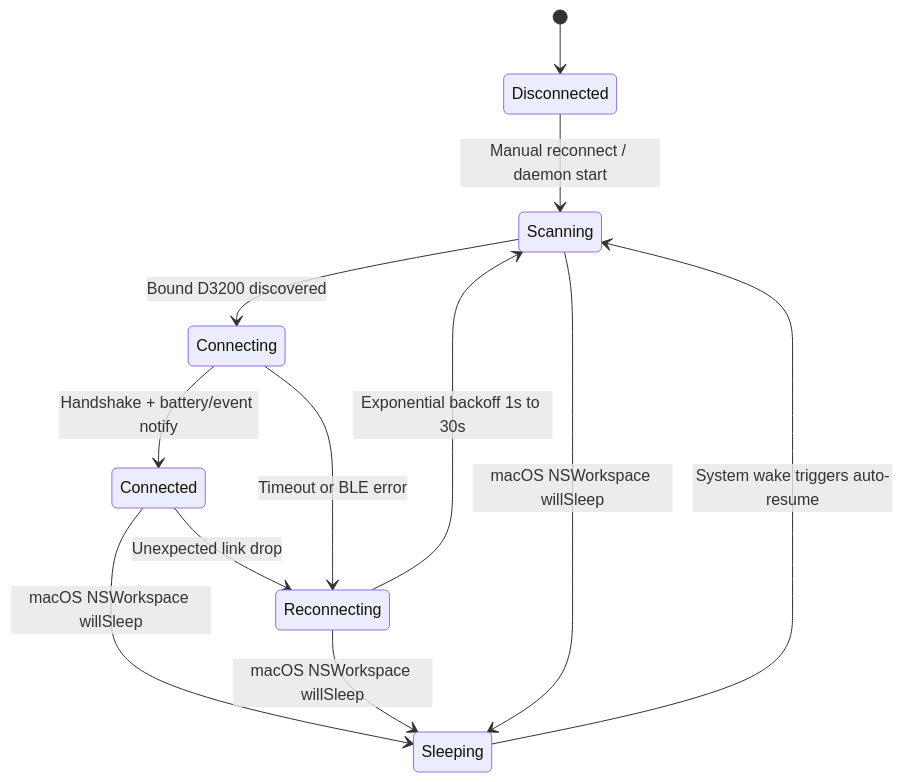
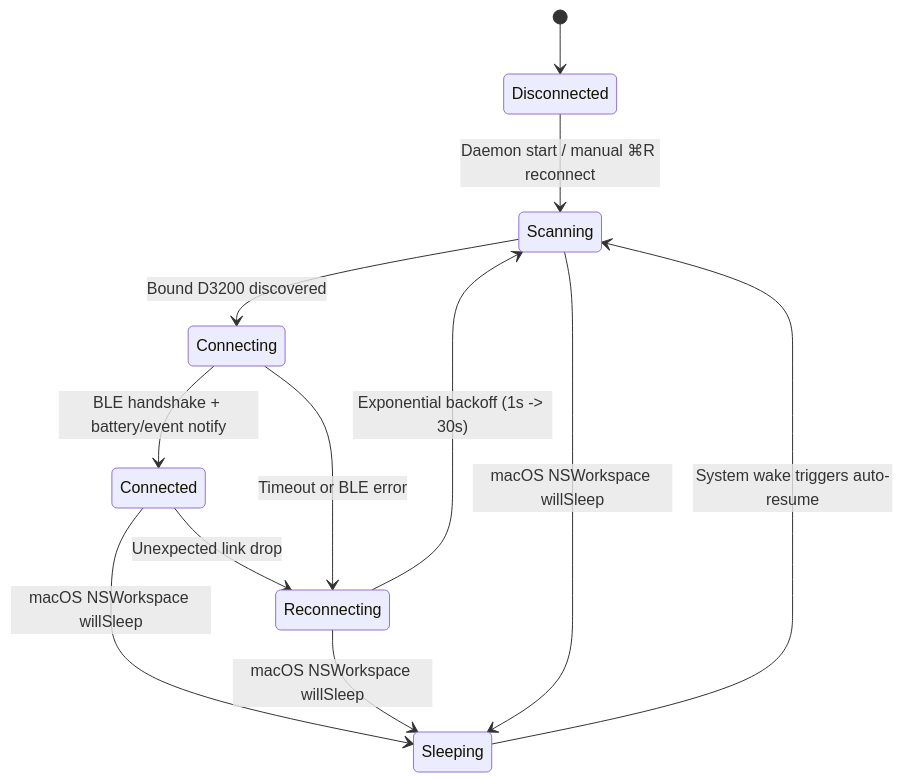
The diagram in README.en.md (sup-lh/beanbridge), drawn with Mermaid before and after one commit. The commit also changed other lines of this file and 44 other files, not shown here.

````diff
--- a/README.en.md
+++ b/README.en.md
@@ -243,14 +228,14 @@
 ```mermaid
 stateDiagram-v2
     [*] --> Disconnected
-    Disconnected --> Scanning: Manual reconnect / daemon start
+    Disconnected --> Scanning: Daemon start / manual ⌘R reconnect
     Scanning --> Connecting: Bound D3200 discovered
-    Connecting --> Connected: Handshake + battery/event notify
+    Connecting --> Connected: BLE handshake + battery/event notify
     Connected --> Reconnecting: Unexpected link drop
     Connecting --> Reconnecting: Timeout or BLE error
-    Reconnecting --> Scanning: Exponential backoff 1s to 30s
+    Reconnecting --> Scanning: Exponential backoff (1s -> 30s)
     Connected --> Sleeping: macOS NSWorkspace willSleep
     Reconnecting --> Sleeping: macOS NSWorkspace willSleep
     Scanning --> Sleeping: macOS NSWorkspace willSleep
     Sleeping --> Scanning: System wake triggers auto-resume
 ```
````
